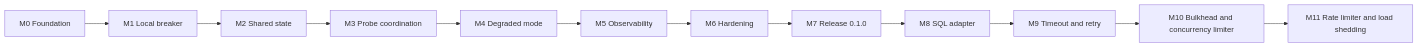
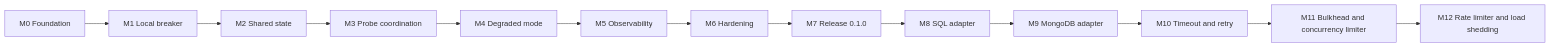
One commit to faultvane/faultvane-go changed the diagram in docs/roadmap.md. Above: the diagram before and after it, drawn with Mermaid. The commit also changed other lines of this file and 2 other files, not shown here.

Commit message:
Add the MongoDB adapter and candidate adapters to the plan

````diff
--- a/docs/roadmap.md
+++ b/docs/roadmap.md
@@ -12,14 +12,15 @@
 ```mermaid
 flowchart LR
     M0[M0 Foundation] --> M1[M1 Local breaker]
     M1 --> M2[M2 Shared state]
     M2 --> M3[M3 Probe coordination]
     M3 --> M4[M4 Degraded mode]
     M4 --> M5[M5 Observability]
     M5 --> M6[M6 Hardening]
     M6 --> M7[M7 Release 0.1.0]
     M7 --> M8[M8 SQL adapter]
-    M8 --> M9[M9 Timeout and retry]
-    M9 --> M10[M10 Bulkhead and concurrency limiter]
-    M10 --> M11[M11 Rate limiter and load shedding]
+    M8 --> M9[M9 MongoDB adapter]
+    M9 --> M10[M10 Timeout and retry]
+    M10 --> M11[M11 Bulkhead and concurrency limiter]
+    M11 --> M12[M12 Rate limiter and load shedding]
 ```
````
